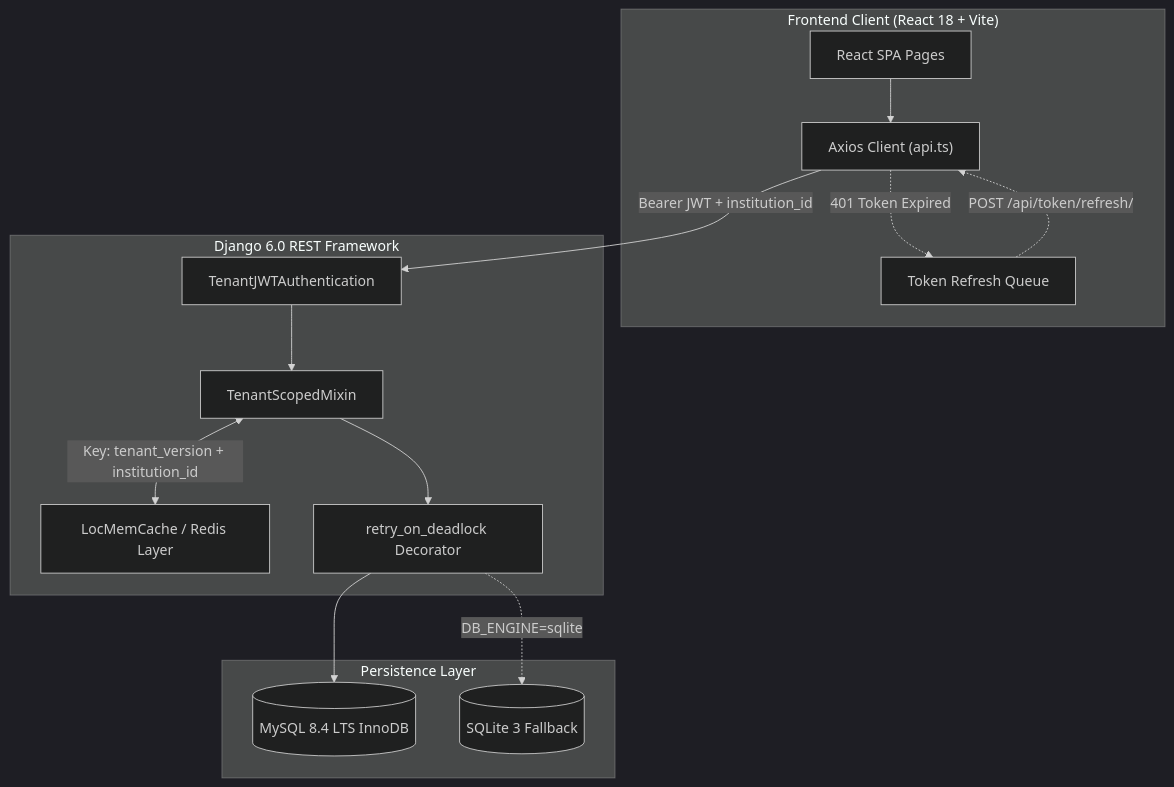
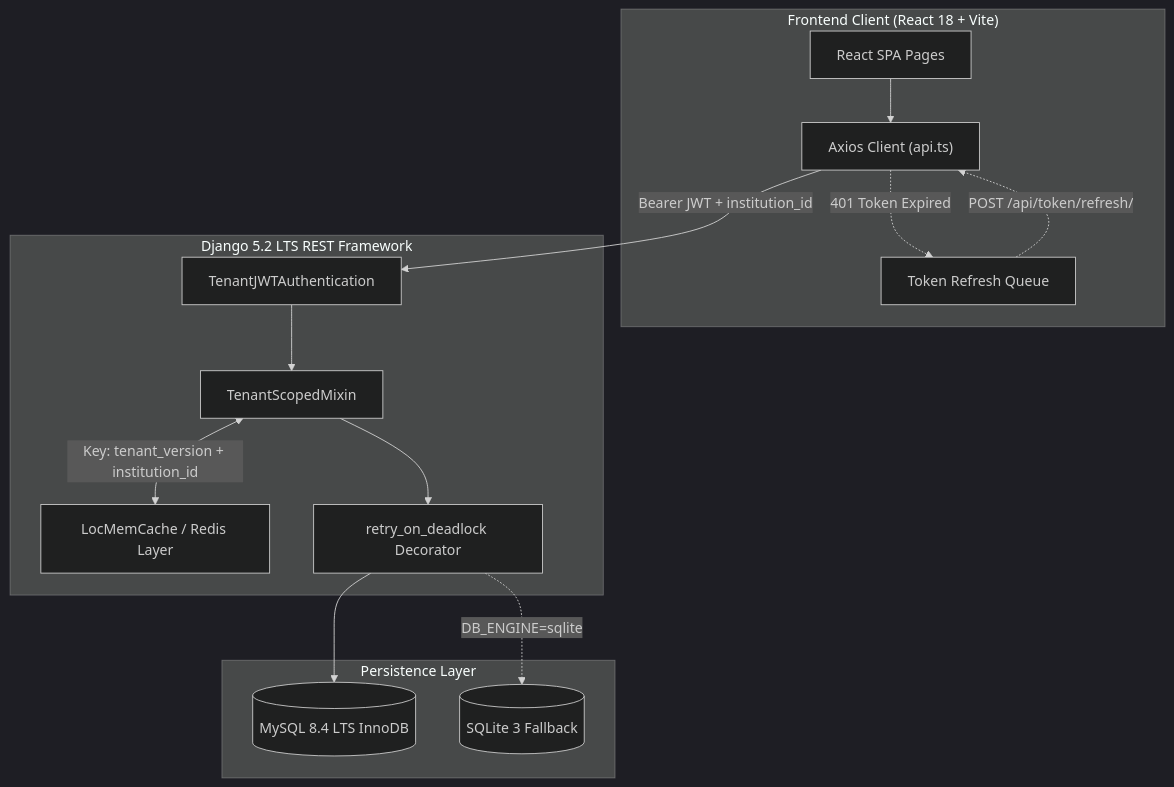
One commit to poshiyaharsh/ExamAI changed the first of 2 diagrams in README.md. Above: the diagram before and after it, drawn with Mermaid (dark theme). The commit also changed other lines of this file and 5 other files, not shown here.

````diff
--- a/README.md
+++ b/README.md
@@ -168,30 +168,30 @@
 ```mermaid
 flowchart TD
     subgraph Client["Frontend Client (React 18 + Vite)"]
         UI["React SPA Pages"]
         Axios["Axios Client (api.ts)"]
         Queue["Token Refresh Queue"]
         UI --> Axios
         Axios -.->|"401 Token Expired"| Queue
         Queue -.->|"POST /api/token/refresh/"| Axios
     end
 
-    subgraph Backend["Django 6.0 REST Framework"]
+    subgraph Backend["Django 5.2 LTS REST Framework"]
         Auth["TenantJWTAuthentication"]
         Mixin["TenantScopedMixin"]
         Cache["LocMemCache / Redis Layer"]
         Retry["retry_on_deadlock Decorator"]
         
         Axios -->|"Bearer JWT + institution_id"| Auth
         Auth --> Mixin
         Mixin <-->|"Key: tenant_version + institution_id"| Cache
         Mixin --> Retry
     end
 
     subgraph Database["Persistence Layer"]
         MySQL[("MySQL 8.4 LTS InnoDB")]
         SQLite[("SQLite 3 Fallback")]
         Retry --> MySQL
         Retry -.->|"DB_ENGINE=sqlite"| SQLite
     end
 ```
````
